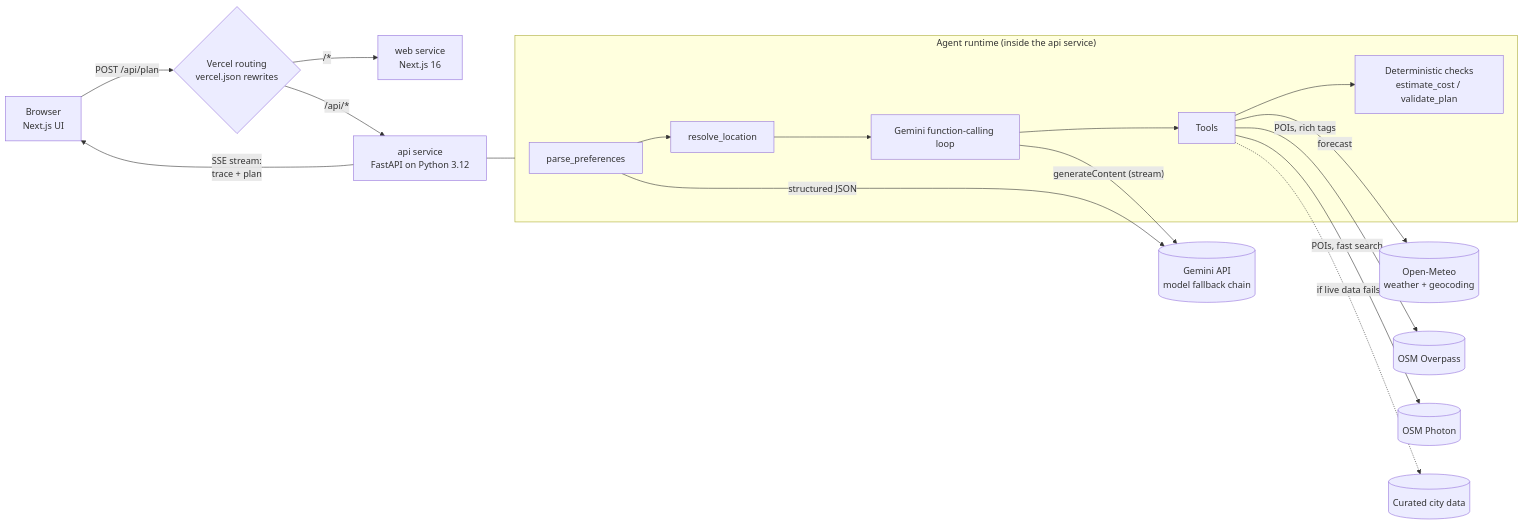
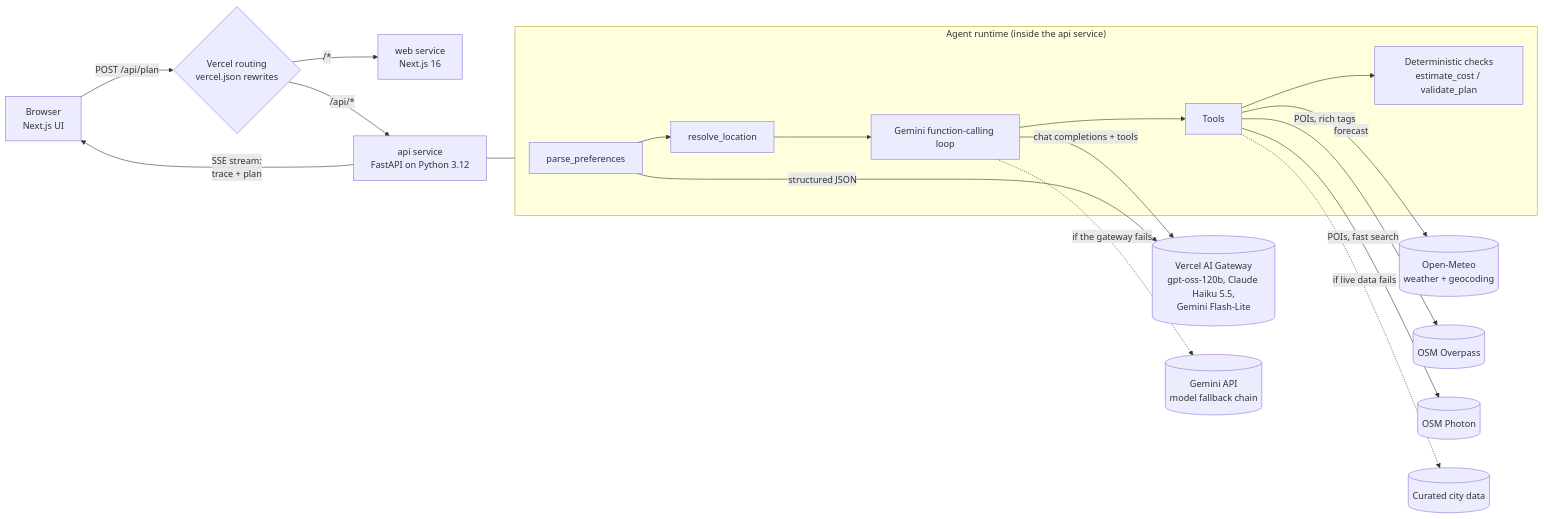
Before and after one commit to valayash/perfect-saturday-planner: the first of 4 diagrams in docs/SYSTEM_DESIGN.md, drawn with Mermaid. The commit also changed other lines of this file and 10 other files, not shown here.

First line of the commit message:
Add Vercel AI Gateway as the first LLM provider

````diff
--- a/docs/SYSTEM_DESIGN.md
+++ b/docs/SYSTEM_DESIGN.md
@@ -26,21 +26,22 @@
 ```mermaid
 flowchart LR
     U["Browser<br/>Next.js UI"] -- "POST /api/plan" --> R{"Vercel routing<br/>vercel.json rewrites"}
     R -- "/*" --> W["web service<br/>Next.js 16"]
     R -- "/api/*" --> A["api service<br/>FastAPI on Python 3.12"]
     A -- "SSE stream:<br/>trace + plan" --> U
 
     subgraph Agent["Agent runtime (inside the api service)"]
         P["parse_preferences"] --> L["resolve_location"] --> LOOP["Gemini function-calling loop"]
         LOOP --> T["Tools"]
         T --> V["Deterministic checks<br/>estimate_cost / validate_plan"]
     end
     A --- Agent
 
-    LOOP -- "generateContent (stream)" --> G[("Gemini API<br/>model fallback chain")]
-    P -- "structured JSON" --> G
+    LOOP -- "chat completions + tools" --> GW[("Vercel AI Gateway<br/>gpt-oss-120b, Claude Haiku 5.5,<br/>Gemini Flash-Lite")]
+    LOOP -. "if the gateway fails" .-> G[("Gemini API<br/>model fallback chain")]
+    P -- "structured JSON" --> GW
     T -- "forecast" --> OM[("Open-Meteo<br/>weather + geocoding")]
     T -- "POIs, rich tags" --> OP[("OSM Overpass")]
     T -- "POIs, fast search" --> PH[("OSM Photon")]
     T -. "if live data fails" .-> CU[("Curated city data")]
 ```
````
